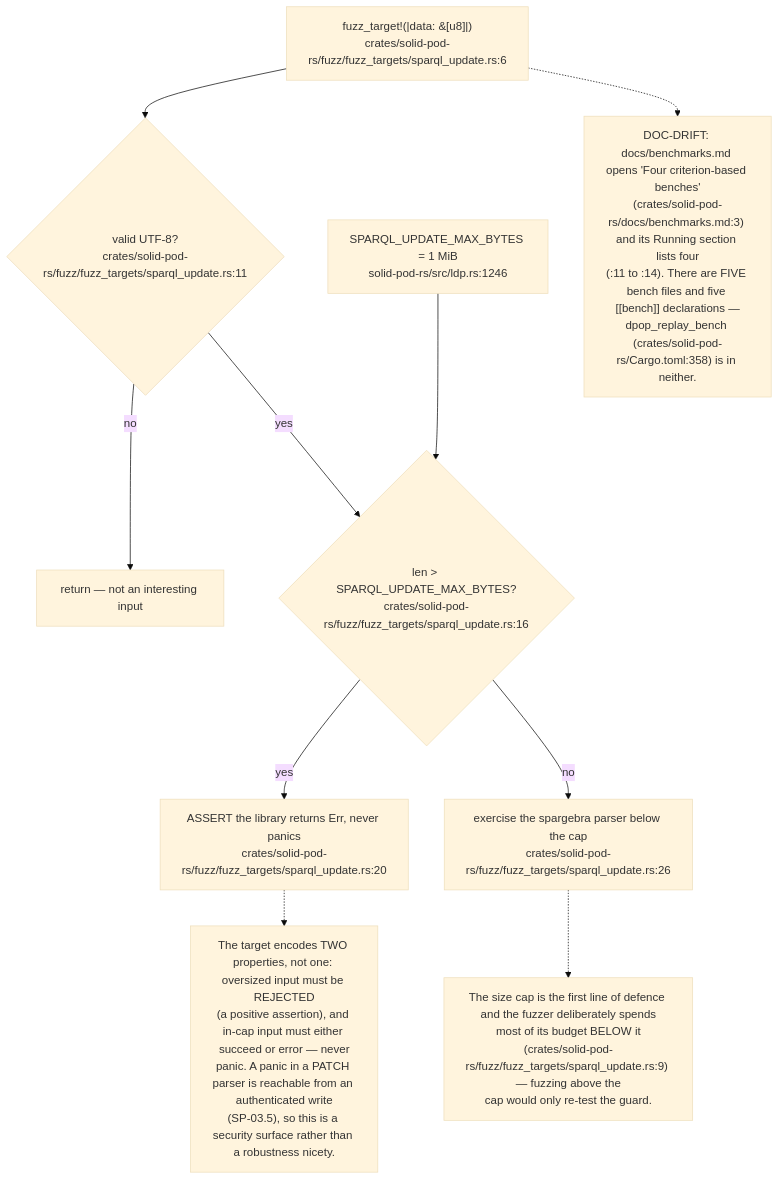
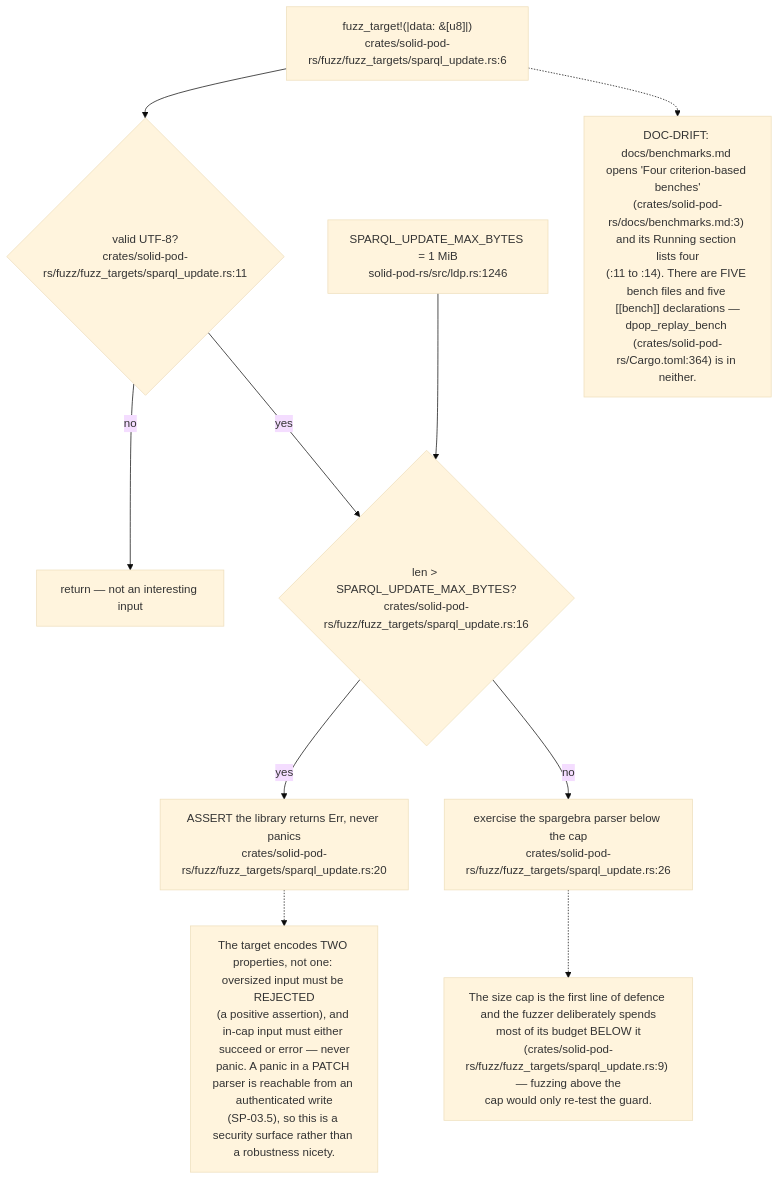
One commit to DreamLab-AI/VisionFlow changed the ninth of 9 diagrams in docs/diagrams/solid-pod-rs/09-ci-release-and-consumer-pins.md. Above: the diagram before and after it, drawn with Mermaid (base theme). The commit also changed other lines of this file and 94 other files, not shown here.

First line of the commit message:
docs(diagrams): re-verify 130 topics against 2 October HEADs

````diff
--- a/docs/diagrams/solid-pod-rs/09-ci-release-and-consumer-pins.md
+++ b/docs/diagrams/solid-pod-rs/09-ci-release-and-consumer-pins.md
@@ -264,24 +268,24 @@
 ```mermaid
 flowchart TD
     IN["fuzz_target!(|data: &[u8]|)<br/>crates/solid-pod-rs/fuzz/fuzz_targets/sparql_update.rs:6"]
     UTF{"valid UTF-8?<br/>crates/solid-pod-rs/fuzz/fuzz_targets/sparql_update.rs:11"}
     SKIP["return — not an interesting input"]
     CAP{"len > SPARQL_UPDATE_MAX_BYTES?<br/>crates/solid-pod-rs/fuzz/fuzz_targets/sparql_update.rs:16"}
     ASSERT["ASSERT the library returns Err, never panics<br/>crates/solid-pod-rs/fuzz/fuzz_targets/sparql_update.rs:20"]
     PARSE["exercise the spargebra parser below the cap<br/>crates/solid-pod-rs/fuzz/fuzz_targets/sparql_update.rs:26"]
     LIM["SPARQL_UPDATE_MAX_BYTES = 1 MiB<br/>solid-pod-rs/src/ldp.rs:1246"]
 
     IN --> UTF
     UTF -- no --> SKIP
     UTF -- yes --> CAP
     CAP -- yes --> ASSERT
     CAP -- no --> PARSE
     LIM --> CAP
 
     N["The target encodes TWO properties, not one: oversized input must be REJECTED<br/>(a positive assertion), and in-cap input must either succeed or error — never<br/>panic. A panic in a PATCH parser is reachable from an authenticated write<br/>(SP-03.5), so this is a security surface rather than a robustness nicety."]
     ASSERT -.-> N
     N2["The size cap is the first line of defence and the fuzzer deliberately spends<br/>most of its budget BELOW it<br/>(crates/solid-pod-rs/fuzz/fuzz_targets/sparql_update.rs:9) — fuzzing above the<br/>cap would only re-test the guard."]
     PARSE -.-> N2
-    N3["DOC-DRIFT: docs/benchmarks.md opens 'Four criterion-based benches'<br/>(crates/solid-pod-rs/docs/benchmarks.md:3) and its Running section lists four<br/>(:11 to :14). There are FIVE bench files and five [[bench]] declarations —<br/>dpop_replay_bench (crates/solid-pod-rs/Cargo.toml:358) is in neither."]
+    N3["DOC-DRIFT: docs/benchmarks.md opens 'Four criterion-based benches'<br/>(crates/solid-pod-rs/docs/benchmarks.md:3) and its Running section lists four<br/>(:11 to :14). There are FIVE bench files and five [[bench]] declarations —<br/>dpop_replay_bench (crates/solid-pod-rs/Cargo.toml:364) is in neither."]
     IN -.-> N3
 ```
````
